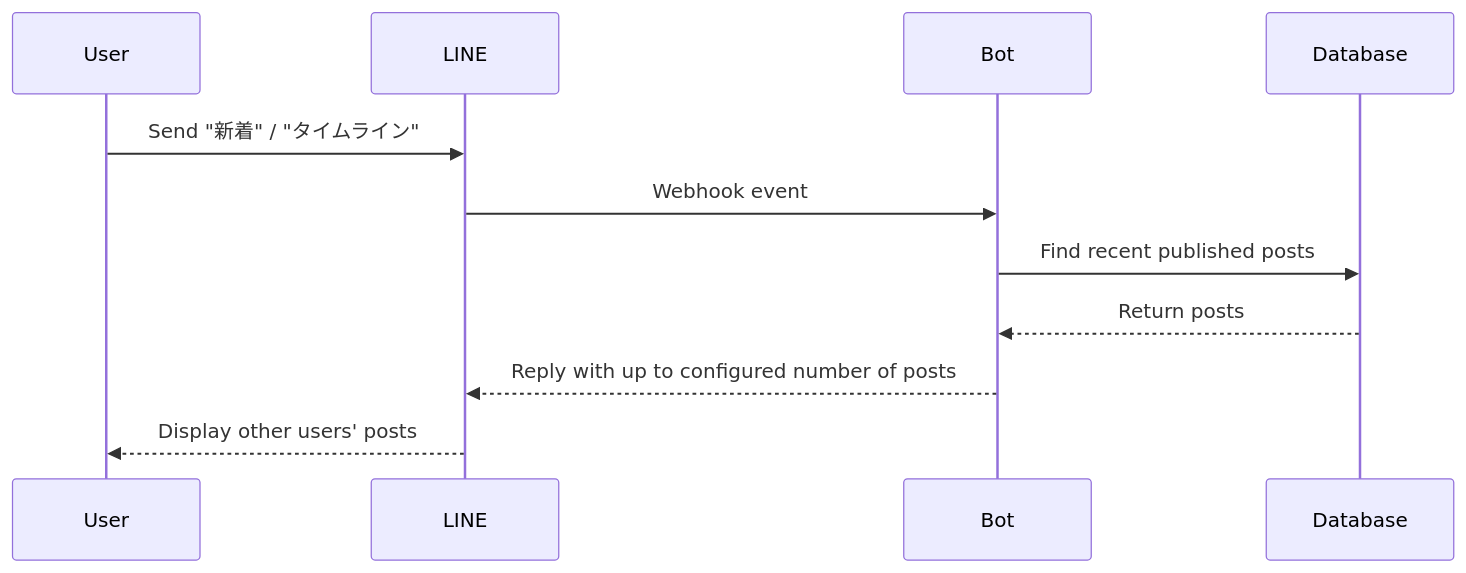
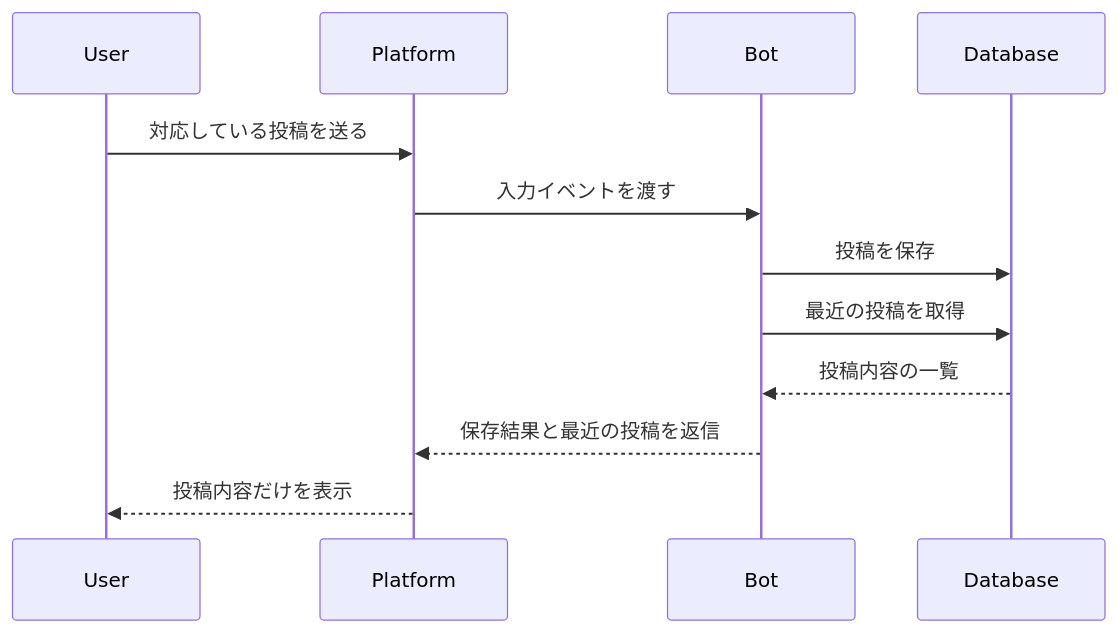
One commit to Unjuno/bot_mini_sns changed the third of 3 diagrams in docs/user-flow.md. Above: the diagram before and after it, drawn with Mermaid. The commit also changed other lines of this file and 48 other files, not shown here.

Commit message:
Refactor project around Python core architecture

````diff
--- a/docs/user-flow.md
+++ b/docs/user-flow.md
@@ -55,14 +39,15 @@
 ```mermaid
 sequenceDiagram
     participant U as User
-    participant L as LINE
+    participant P as Platform
     participant B as Bot
     participant DB as Database
 
-    U->>L: Send "新着" / "タイムライン"
-    L->>B: Webhook event
-    B->>DB: Find recent published posts
-    DB-->>B: Return posts
-    B-->>L: Reply with up to configured number of posts
-    L-->>U: Display other users' posts
+    U->>P: 対応している投稿を送る
+    P->>B: 入力イベントを渡す
+    B->>DB: 投稿を保存
+    B->>DB: 最近の投稿を取得
+    DB-->>B: 投稿内容の一覧
+    B-->>P: 保存結果と最近の投稿を返信
+    P-->>U: 投稿内容だけを表示
 ```
````
